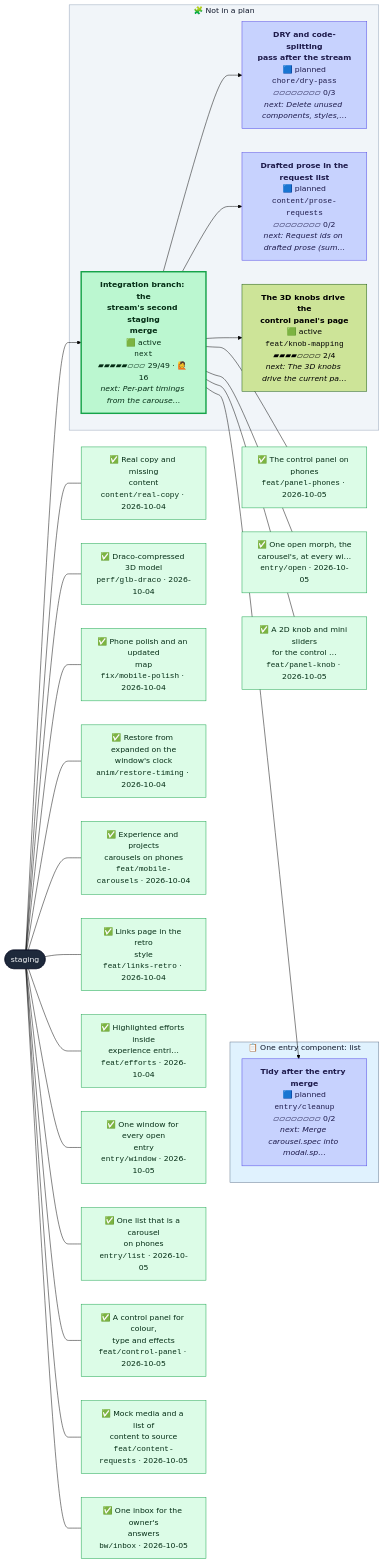
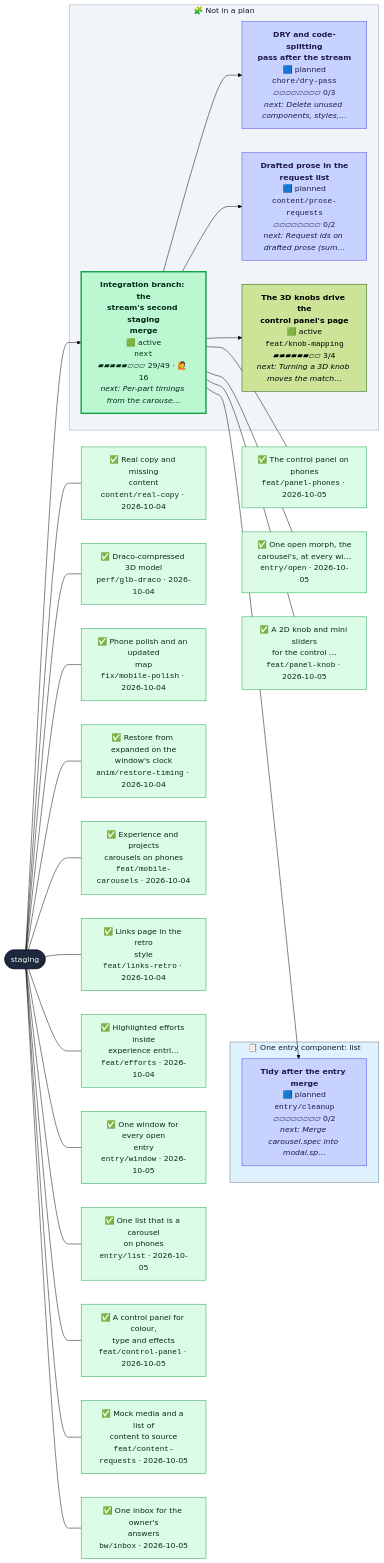
One commit to henryjonescodes/portfolio changed the second of 2 diagrams in CONTRIBUTING.md. Above: the diagram before and after it, drawn with Mermaid (forest theme). The commit also changed other lines of this file, not shown here.

````diff
--- a/CONTRIBUTING.md
+++ b/CONTRIBUTING.md
@@ -72,80 +69,80 @@
 ```mermaid
 flowchart LR
   n_staging([staging])
   class n_staging trunk
   subgraph plan_0["📋 One entry component: list"]
     n_entry_cleanup["<b>Tidy after the entry merge</b><br/>🟦 planned<br/><code>entry/cleanup</code><br/>▱▱▱▱▱▱▱▱ 0/2<br/><i>next: Merge carousel.spec into modal.sp…</i>"]
     class n_entry_cleanup planned
   end
   style plan_0 fill:#e0f2fe,stroke:#64748b,color:#0f172a
   subgraph loose["🧩 Not in a plan"]
     n_chore_dry_pass["<b>DRY and code-splitting<br/>pass after the stream</b><br/>🟦 planned<br/><code>chore/dry-pass</code><br/>▱▱▱▱▱▱▱▱ 0/3<br/><i>next: Delete unused components, styles,…</i>"]
     class n_chore_dry_pass planned
     n_content_prose_requests["<b>Drafted prose in the<br/>request list</b><br/>🟦 planned<br/><code>content/prose-requests</code><br/>▱▱▱▱▱▱▱▱ 0/2<br/><i>next: Request ids on drafted prose (sum…</i>"]
     class n_content_prose_requests planned
-    n_feat_knob_mapping["<b>The 3D knobs drive the<br/>control panel's page</b><br/>🟩 active<br/><code>feat/knob-mapping</code><br/>▰▰▰▰▱▱▱▱ 2/4<br/><i>next: The 3D knobs drive the current pa…</i>"]
+    n_feat_knob_mapping["<b>The 3D knobs drive the<br/>control panel's page</b><br/>🟩 active<br/><code>feat/knob-mapping</code><br/>▰▰▰▰▰▰▱▱ 3/4<br/><i>next: Turning a 3D knob moves the match…</i>"]
     class n_feat_knob_mapping active,current
     n_next["<b>Integration branch: the<br/>stream's second staging<br/>merge</b><br/>🟩 active<br/><code>next</code><br/>▰▰▰▰▰▱▱▱ 29/49 · 🙋 16<br/><i>next: Per-part timings from the carouse…</i>"]
     class n_next active
   end
   style loose fill:#f1f5f9,stroke:#94a3b8,color:#0f172a
   n_next --> n_chore_dry_pass
   n_next --> n_content_prose_requests
   n_next --> n_entry_cleanup
   n_next --> n_feat_knob_mapping
   n_staging --> n_next
   landed_0["✅ Real copy and missing<br/>content<br/><code>content/real-copy</code> · 2026-10-04"]
   class landed_0 merged
   n_staging --- landed_0
   landed_1["✅ Draco-compressed 3D model<br/><code>perf/glb-draco</code> · 2026-10-04"]
   class landed_1 merged
   n_staging --- landed_1
   landed_2["✅ Phone polish and an updated<br/>map<br/><code>fix/mobile-polish</code> · 2026-10-04"]
   class landed_2 merged
   n_staging --- landed_2
   landed_3["✅ Restore from expanded on the<br/>window's clock<br/><code>anim/restore-timing</code> · 2026-10-04"]
   class landed_3 merged
   n_staging --- landed_3
   landed_4["✅ Experience and projects<br/>carousels on phones<br/><code>feat/mobile-carousels</code> · 2026-10-04"]
   class landed_4 merged
   n_staging --- landed_4
   landed_5["✅ Links page in the retro<br/>style<br/><code>feat/links-retro</code> · 2026-10-04"]
   class landed_5 merged
   n_staging --- landed_5
   landed_6["✅ Highlighted efforts inside<br/>experience entri…<br/><code>feat/efforts</code> · 2026-10-04"]
   class landed_6 merged
   n_staging --- landed_6
   landed_7["✅ One window for every open<br/>entry<br/><code>entry/window</code> · 2026-10-05"]
   class landed_7 merged
   n_staging --- landed_7
   landed_8["✅ One list that is a carousel<br/>on phones<br/><code>entry/list</code> · 2026-10-05"]
   class landed_8 merged
   n_staging --- landed_8
   landed_9["✅ A control panel for colour,<br/>type and effects<br/><code>feat/control-panel</code> · 2026-10-05"]
   class landed_9 merged
   n_staging --- landed_9
   landed_10["✅ Mock media and a list of<br/>content to source<br/><code>feat/content-requests</code> · 2026-10-05"]
   class landed_10 merged
   n_staging --- landed_10
   landed_11["✅ One inbox for the owner's<br/>answers<br/><code>bw/inbox</code> · 2026-10-05"]
   class landed_11 merged
   n_staging --- landed_11
   landed_12["✅ The control panel on phones<br/><code>feat/panel-phones</code> · 2026-10-05"]
   class landed_12 merged
   n_next --- landed_12
   landed_13["✅ One open morph, the<br/>carousel's, at every wi…<br/><code>entry/open</code> · 2026-10-05"]
   class landed_13 merged
   n_next --- landed_13
   landed_14["✅ A 2D knob and mini sliders<br/>for the control …<br/><code>feat/panel-knob</code> · 2026-10-05"]
   class landed_14 merged
   n_next --- landed_14
   classDef merged fill:#dcfce7,stroke:#16a34a,color:#052e16
   classDef todo fill:#ffffff,stroke:#94a3b8,stroke-dasharray:2 2,color:#334155
   classDef planned fill:#c7d2fe,stroke:#4f46e5,color:#1e1b4b
   classDef sketched fill:#f8fafc,stroke:#64748b,stroke-dasharray:4 3,color:#334155
   classDef active fill:#bbf7d0,stroke:#16a34a,stroke-width:3px,color:#052e16
   classDef review fill:#fde68a,stroke:#d97706,stroke-width:3px,color:#451a03
   classDef blocked fill:#fecaca,stroke:#dc2626,stroke-width:3px,color:#450a0a
   classDef trunk fill:#1e293b,stroke:#0f172a,color:#f8fafc
   classDef current stroke:#0ea5e9,stroke-width:5px
 ```
````
